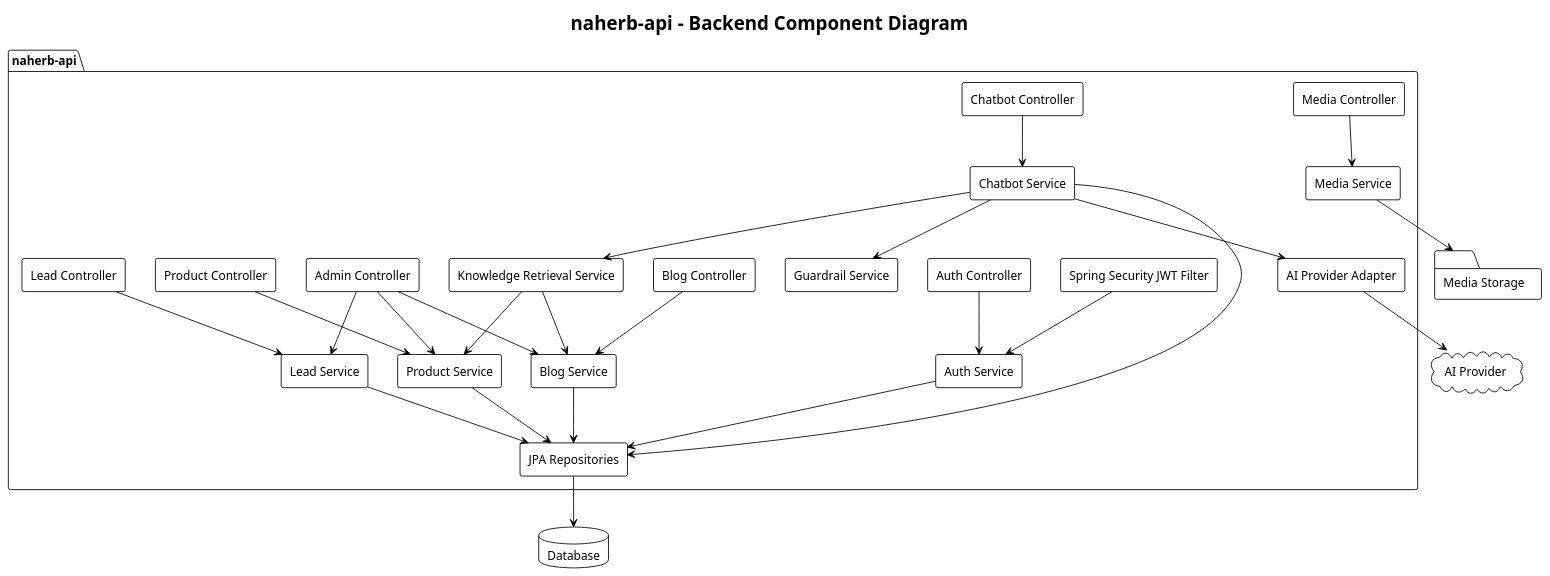
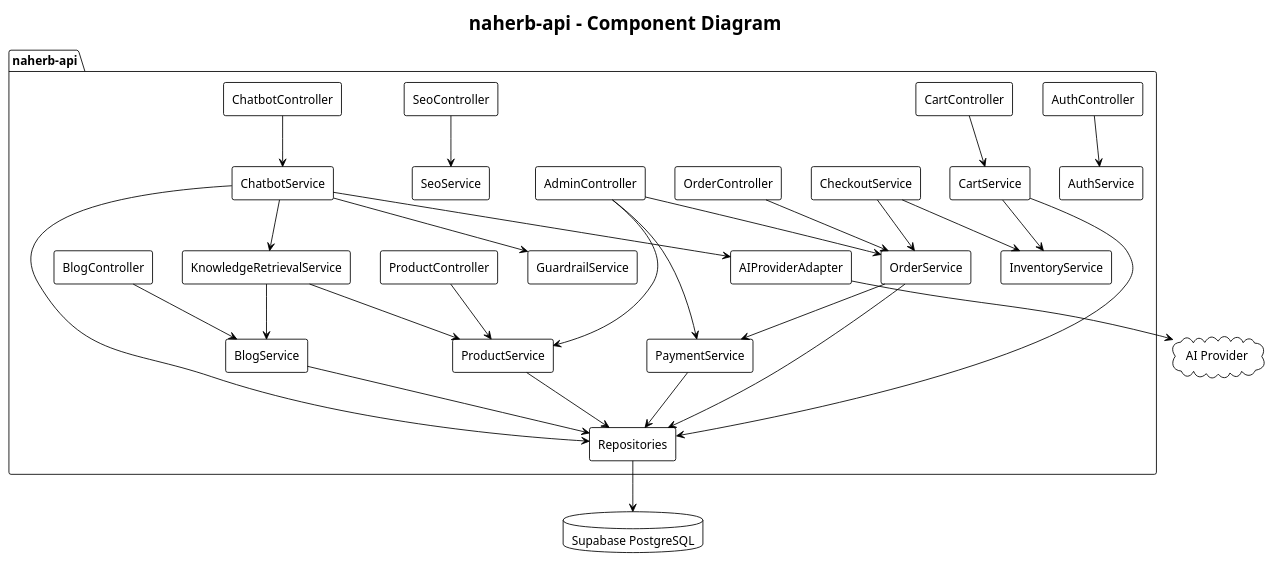
One commit to Dyuedu071/NaHerbs changed the fourth of 9 diagrams in docs/SDD.md. Above: the diagram before and after it, drawn with PlantUML. The commit also changed other lines of this file and 42 other files, not shown here.

Commit message:
feat: initialize NaHerbs web frontend and database schema with initial documentation and project structure

````diff
--- a/docs/SDD.md
+++ b/docs/SDD.md
@@ -307,63 +268,68 @@
 ```plantuml
 @startuml
 !theme plain
 skinparam shadowing false
 skinparam componentStyle rectangle
 skinparam defaultFontName Arial
 
-title naherb-api - Backend Component Diagram
+title naherb-api - Component Diagram
 
 package "naherb-api" {
-  [Auth Controller] as AuthC
-  [Product Controller] as ProductC
-  [Blog Controller] as BlogC
-  [Lead Controller] as LeadC
-  [Media Controller] as MediaC
-  [Chatbot Controller] as ChatbotC
-  [Admin Controller] as AdminC
+  [AuthController] as AuthC
+  [ProductController] as ProductC
+  [CartController] as CartC
+  [OrderController] as OrderC
+  [AdminController] as AdminC
+  [BlogController] as BlogC
+  [ChatbotController] as ChatC
+  [SeoController] as SeoC
 
-  [Auth Service] as AuthS
-  [Product Service] as ProductS
-  [Blog Service] as BlogS
-  [Lead Service] as LeadS
-  [Media Service] as MediaS
-  [Chatbot Service] as ChatbotS
-  [Knowledge Retrieval Service] as KnowledgeS
-  [AI Provider Adapter] as AIS
-  [Guardrail Service] as GuardrailS
-
-  [Spring Security JWT Filter] as Security
-  [JPA Repositories] as Repo
+  [AuthService] as AuthS
+  [ProductService] as ProductS
+  [InventoryService] as InvS
+  [CartService] as CartS
+  [CheckoutService] as CheckoutS
+  [OrderService] as OrderS
+  [PaymentService] as PayS
+  [BlogService] as BlogS
+  [ChatbotService] as ChatS
+  [KnowledgeRetrievalService] as KnowledgeS
+  [AIProviderAdapter] as AIS
+  [GuardrailService] as GuardS
+  [SeoService] as SeoS
+  [Repositories] as Repo
 }
 
-database "Database" as DB
-folder "Media Storage" as Media
+database "Supabase PostgreSQL" as DB
 cloud "AI Provider" as AI
 
 AuthC --> AuthS
 ProductC --> ProductS
+CartC --> CartS
+OrderC --> OrderS
+AdminC --> ProductS
+AdminC --> OrderS
+AdminC --> PayS
 BlogC --> BlogS
-LeadC --> LeadS
-MediaC --> MediaS
-ChatbotC --> ChatbotS
-AdminC --> ProductS
-AdminC --> BlogS
-AdminC --> LeadS
+ChatC --> ChatS
+SeoC --> SeoS
 
-ChatbotS --> KnowledgeS
-ChatbotS --> AIS
-ChatbotS --> GuardrailS
+CartS --> InvS
+CheckoutS --> InvS
+CheckoutS --> OrderS
+OrderS --> PayS
+ChatS --> KnowledgeS
 KnowledgeS --> ProductS
 KnowledgeS --> BlogS
-
-AuthS --> Repo
+ChatS --> AIS
+ChatS --> GuardS
+AIS --> AI
 ProductS --> Repo
+CartS --> Repo
+OrderS --> Repo
+PayS --> Repo
 BlogS --> Repo
-LeadS --> Repo
-ChatbotS --> Repo
+ChatS --> Repo
 Repo --> DB
-MediaS --> Media
-AIS --> AI
-Security --> AuthS
 @enduml
 ```
````
